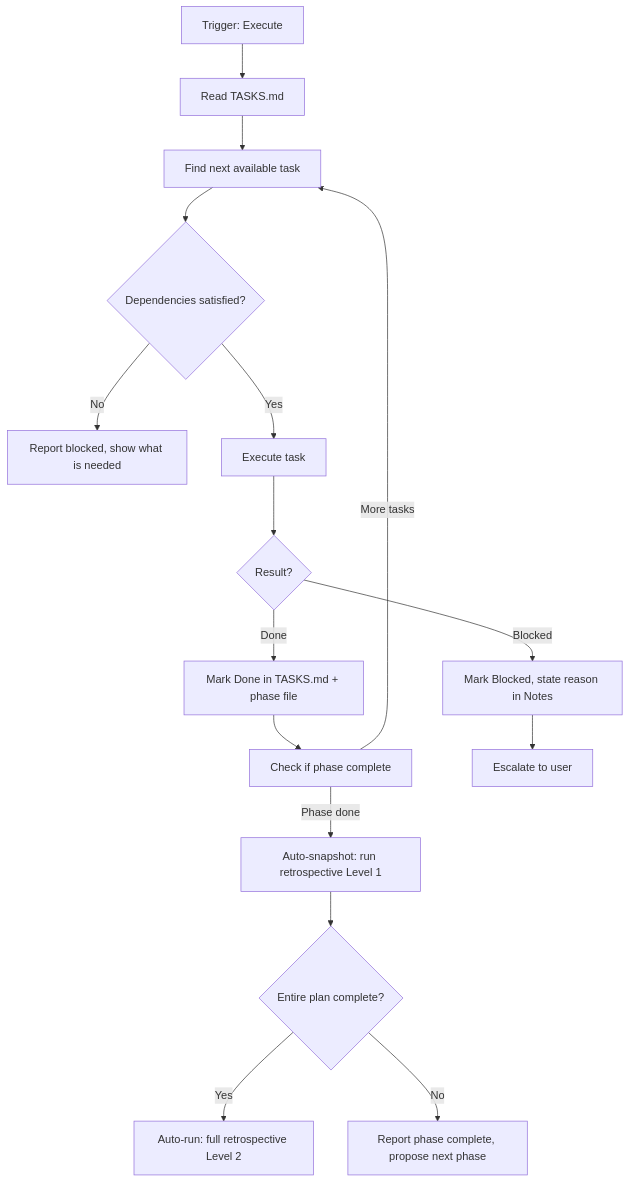
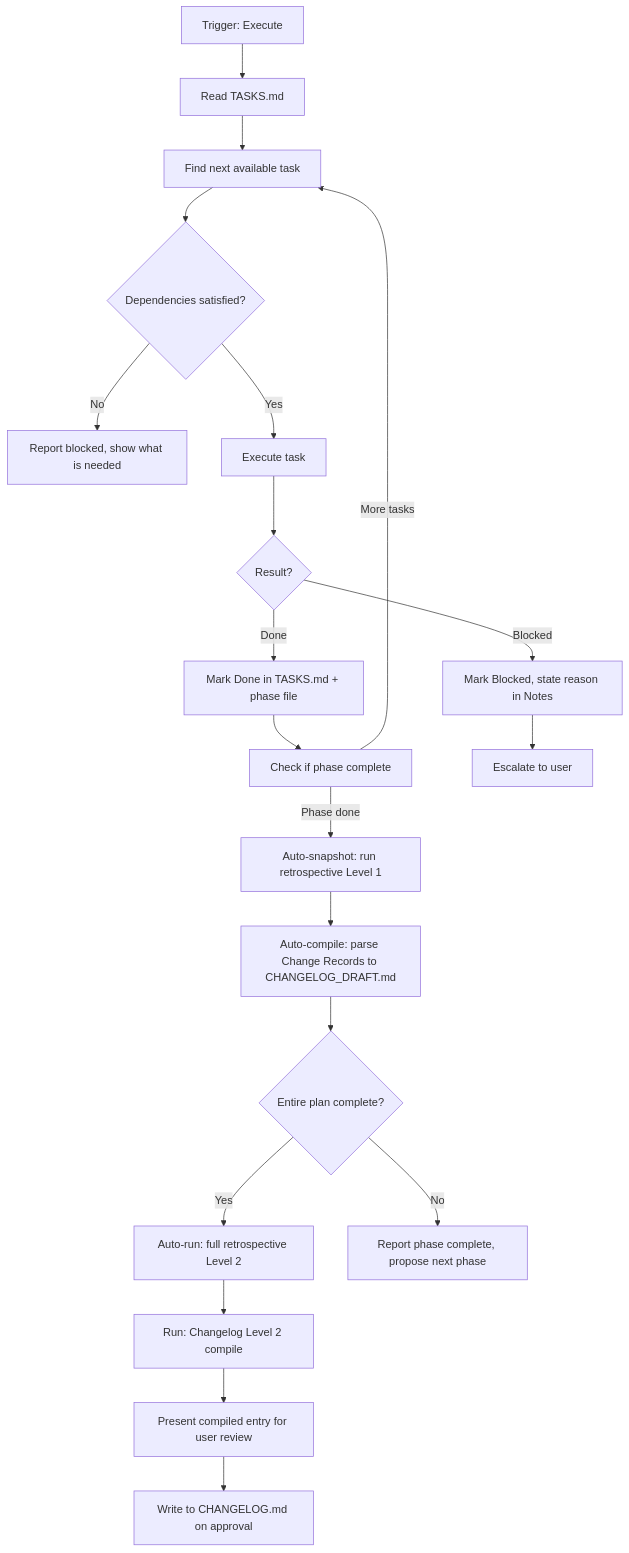
One commit to teratron/magic-spec changed the second of 3 diagrams in .magic/task.md. Above: the diagram before and after it, drawn with Mermaid. The commit also changed other lines of this file and 24 other files, not shown here.

````diff
--- a/.magic/task.md
+++ b/.magic/task.md
@@ -193,18 +194,22 @@
 ```mermaid
 graph TD
     A[Trigger: Execute] --> B[Read TASKS.md]
     B --> C[Find next available task]
     C --> D{Dependencies satisfied?}
     D -->|No| E[Report blocked, show what is needed]
     D -->|Yes| F[Execute task]
     F --> G{Result?}
     G -->|Done| H[Mark Done in TASKS.md + phase file]
     G -->|Blocked| I[Mark Blocked, state reason in Notes]
     H --> J[Check if phase complete]
     J -->|Phase done| K[Auto-snapshot: run retrospective Level 1]
-    K --> L{Entire plan complete?}
+    K --> L1[Auto-compile: parse Change Records to CHANGELOG_DRAFT.md]
+    L1 --> L{Entire plan complete?}
     L -->|Yes| M[Auto-run: full retrospective Level 2]
+    M --> M1[Run: Changelog Level 2 compile]
+    M1 --> M2[Present compiled entry for user review]
+    M2 --> N1[Write to CHANGELOG.md on approval]
     L -->|No| N[Report phase complete, propose next phase]
     J -->|More tasks| C
     I --> O[Escalate to user]
 ```
````
